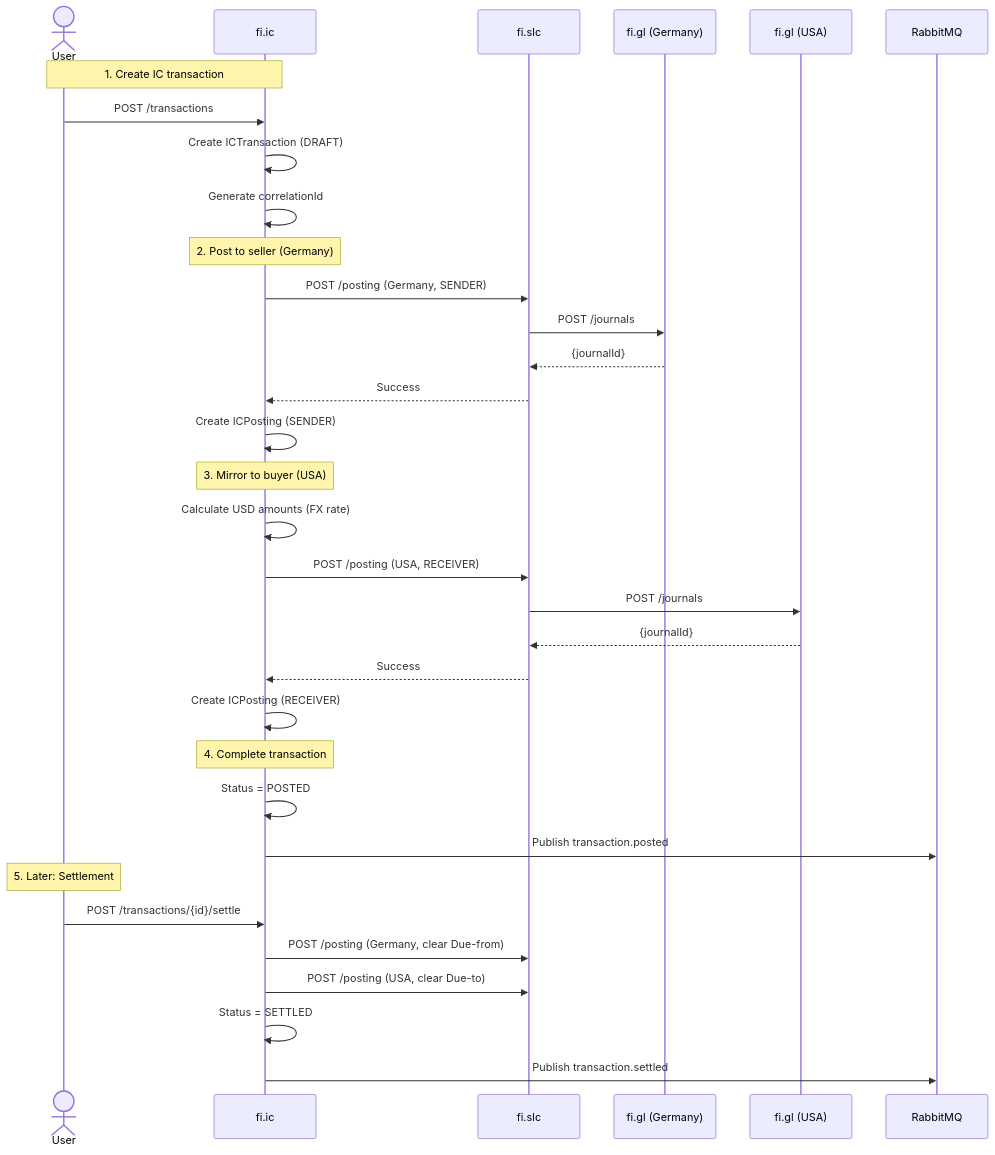
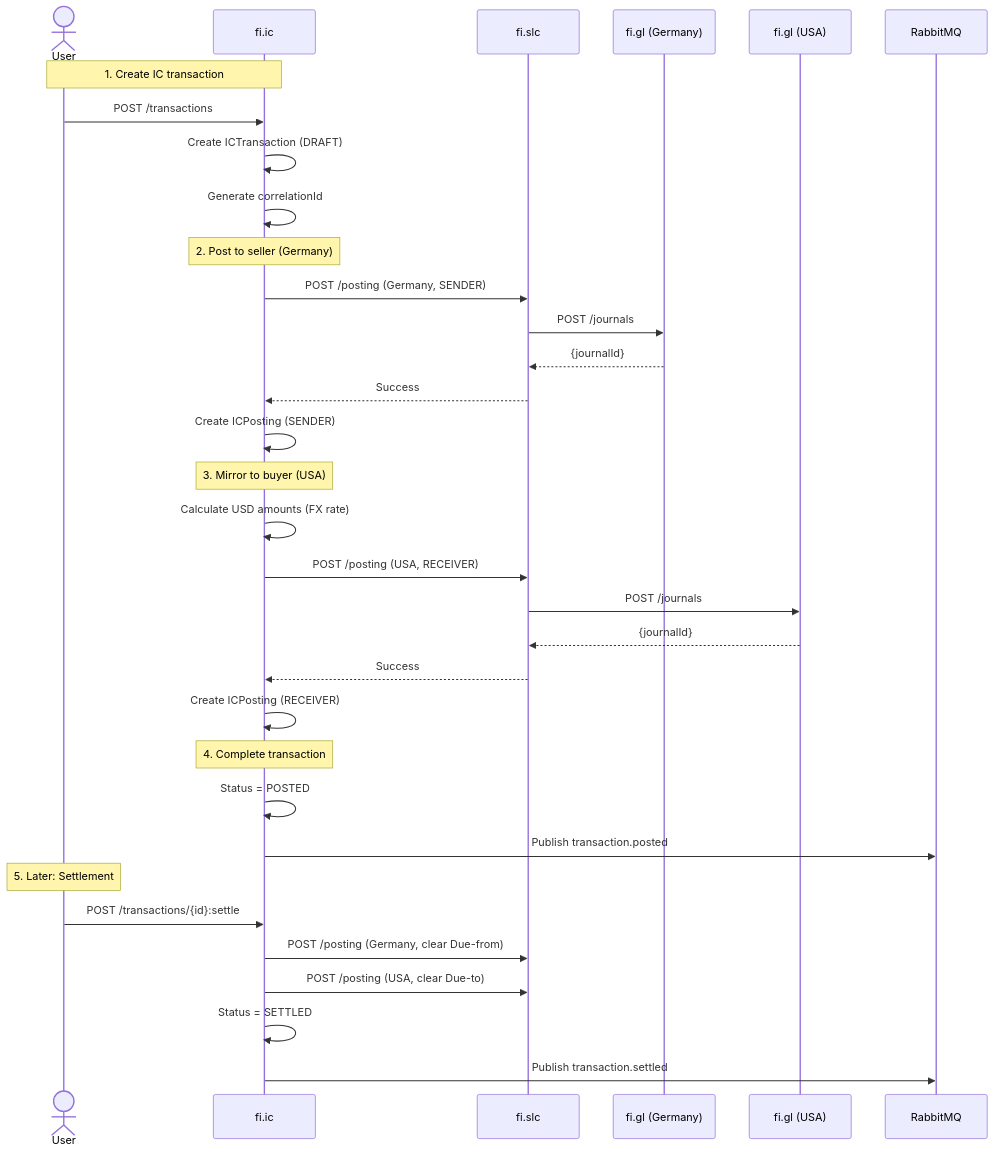
Before and after one commit to openleap-io/io.openleap.dev.spec: the seventh of 9 diagrams in T3_Domains/FI/domain-specs/ext/fi_ic-spec.md, drawn with Mermaid. The commit also changed other lines of this file and 54 other files, not shown here.

````diff
--- a/T3_Domains/FI/domain-specs/ext/fi_ic-spec.md
+++ b/T3_Domains/FI/domain-specs/ext/fi_ic-spec.md
@@ -748,40 +1518,40 @@
 ```mermaid
 sequenceDiagram
     actor User
     participant IC as fi.ic
     participant SLC as fi.slc
     participant GL_DE as fi.gl (Germany)
     participant GL_US as fi.gl (USA)
     participant MQ as RabbitMQ
     
     Note over User,IC: 1. Create IC transaction
     User->>IC: POST /transactions
     IC->>IC: Create ICTransaction (DRAFT)
     IC->>IC: Generate correlationId
     
     Note over IC: 2. Post to seller (Germany)
     IC->>SLC: POST /posting (Germany, SENDER)
     SLC->>GL_DE: POST /journals
     GL_DE-->>SLC: {journalId}
     SLC-->>IC: Success
     IC->>IC: Create ICPosting (SENDER)
     
     Note over IC: 3. Mirror to buyer (USA)
     IC->>IC: Calculate USD amounts (FX rate)
     IC->>SLC: POST /posting (USA, RECEIVER)
     SLC->>GL_US: POST /journals
     GL_US-->>SLC: {journalId}
     SLC-->>IC: Success
     IC->>IC: Create ICPosting (RECEIVER)
     
     Note over IC: 4. Complete transaction
     IC->>IC: Status = POSTED
     IC->>MQ: Publish transaction.posted
     
     Note over User: 5. Later: Settlement
-    User->>IC: POST /transactions/{id}/settle
+    User->>IC: POST /transactions/{id}:settle
     IC->>SLC: POST /posting (Germany, clear Due-from)
     IC->>SLC: POST /posting (USA, clear Due-to)
     IC->>IC: Status = SETTLED
     IC->>MQ: Publish transaction.settled
 ```
````
